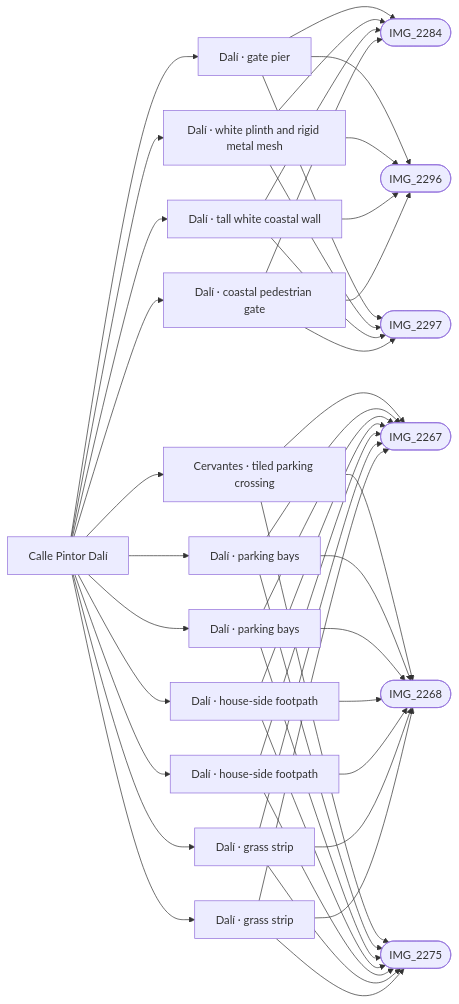
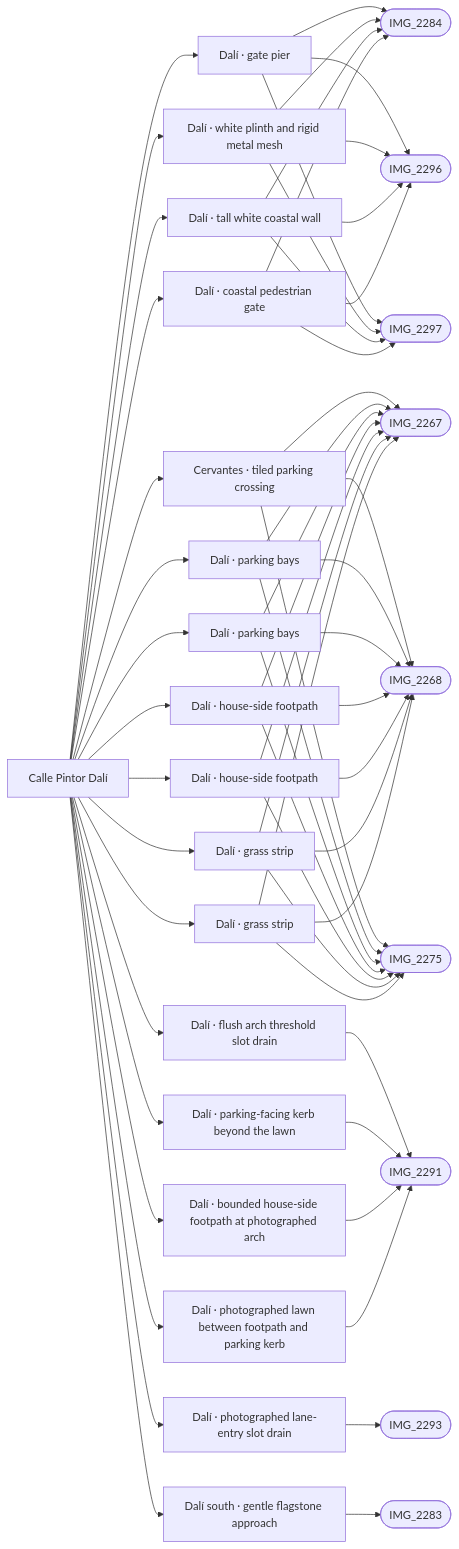
One commit to daveyboyc/villacana-venture changed the diagram in refs/areas/dali.md. Above: the diagram before and after it, drawn with Mermaid. The commit also changed other lines of this file and 29 other files, not shown here.

Commit message:
Complete photographed sills, finite garden doors and continuous Dali approach

````diff
--- a/refs/areas/dali.md
+++ b/refs/areas/dali.md
@@ -36,48 +37,60 @@
 ```mermaid
 graph LR
   A["Calle Pintor Dalí"]
   A --> F0["Dalí · gate pier"]
   F0 --> PIMG_2284_jpg(["IMG_2284"])
   F0 --> PIMG_2296_jpg(["IMG_2296"])
   F0 --> PIMG_2297_jpg(["IMG_2297"])
   A --> F1["Dalí · white plinth and rigid metal mesh"]
   F1 --> PIMG_2284_jpg(["IMG_2284"])
   F1 --> PIMG_2296_jpg(["IMG_2296"])
   F1 --> PIMG_2297_jpg(["IMG_2297"])
   A --> F2["Dalí · tall white coastal wall"]
   F2 --> PIMG_2284_jpg(["IMG_2284"])
   F2 --> PIMG_2296_jpg(["IMG_2296"])
   F2 --> PIMG_2297_jpg(["IMG_2297"])
   A --> F3["Cervantes · tiled parking crossing"]
   F3 --> PIMG_2267_jpg(["IMG_2267"])
   F3 --> PIMG_2268_jpg(["IMG_2268"])
   F3 --> PIMG_2275_jpg(["IMG_2275"])
   A --> F4["Dalí · parking bays"]
   F4 --> PIMG_2267_jpg(["IMG_2267"])
   F4 --> PIMG_2268_jpg(["IMG_2268"])
   F4 --> PIMG_2275_jpg(["IMG_2275"])
   A --> F5["Dalí · parking bays"]
   F5 --> PIMG_2267_jpg(["IMG_2267"])
   F5 --> PIMG_2268_jpg(["IMG_2268"])
   F5 --> PIMG_2275_jpg(["IMG_2275"])
   A --> F6["Dalí · house-side footpath"]
   F6 --> PIMG_2267_jpg(["IMG_2267"])
   F6 --> PIMG_2268_jpg(["IMG_2268"])
   F6 --> PIMG_2275_jpg(["IMG_2275"])
   A --> F7["Dalí · house-side footpath"]
   F7 --> PIMG_2267_jpg(["IMG_2267"])
   F7 --> PIMG_2268_jpg(["IMG_2268"])
   F7 --> PIMG_2275_jpg(["IMG_2275"])
   A --> F8["Dalí · grass strip"]
   F8 --> PIMG_2267_jpg(["IMG_2267"])
   F8 --> PIMG_2268_jpg(["IMG_2268"])
   F8 --> PIMG_2275_jpg(["IMG_2275"])
   A --> F9["Dalí · grass strip"]
   F9 --> PIMG_2267_jpg(["IMG_2267"])
   F9 --> PIMG_2268_jpg(["IMG_2268"])
   F9 --> PIMG_2275_jpg(["IMG_2275"])
-  A --> F10["Dalí · coastal pedestrian gate"]
-  F10 --> PIMG_2284_jpg(["IMG_2284"])
-  F10 --> PIMG_2296_jpg(["IMG_2296"])
-  F10 --> PIMG_2297_jpg(["IMG_2297"])
+  A --> F10["Dalí · flush arch threshold slot drain"]
+  F10 --> PIMG_2291_jpg(["IMG_2291"])
+  A --> F11["Dalí · parking-facing kerb beyond the lawn"]
+  F11 --> PIMG_2291_jpg(["IMG_2291"])
+  A --> F12["Dalí · bounded house-side footpath at photographed arch"]
+  F12 --> PIMG_2291_jpg(["IMG_2291"])
+  A --> F13["Dalí · photographed lawn between footpath and parking kerb"]
+  F13 --> PIMG_2291_jpg(["IMG_2291"])
+  A --> F14["Dalí · photographed lane-entry slot drain"]
+  F14 --> PIMG_2293_jpg(["IMG_2293"])
+  A --> F15["Dalí · coastal pedestrian gate"]
+  F15 --> PIMG_2284_jpg(["IMG_2284"])
+  F15 --> PIMG_2296_jpg(["IMG_2296"])
+  F15 --> PIMG_2297_jpg(["IMG_2297"])
+  A --> F16["Dalí south · gentle flagstone approach"]
+  F16 --> PIMG_2283_jpg(["IMG_2283"])
 ```
````
